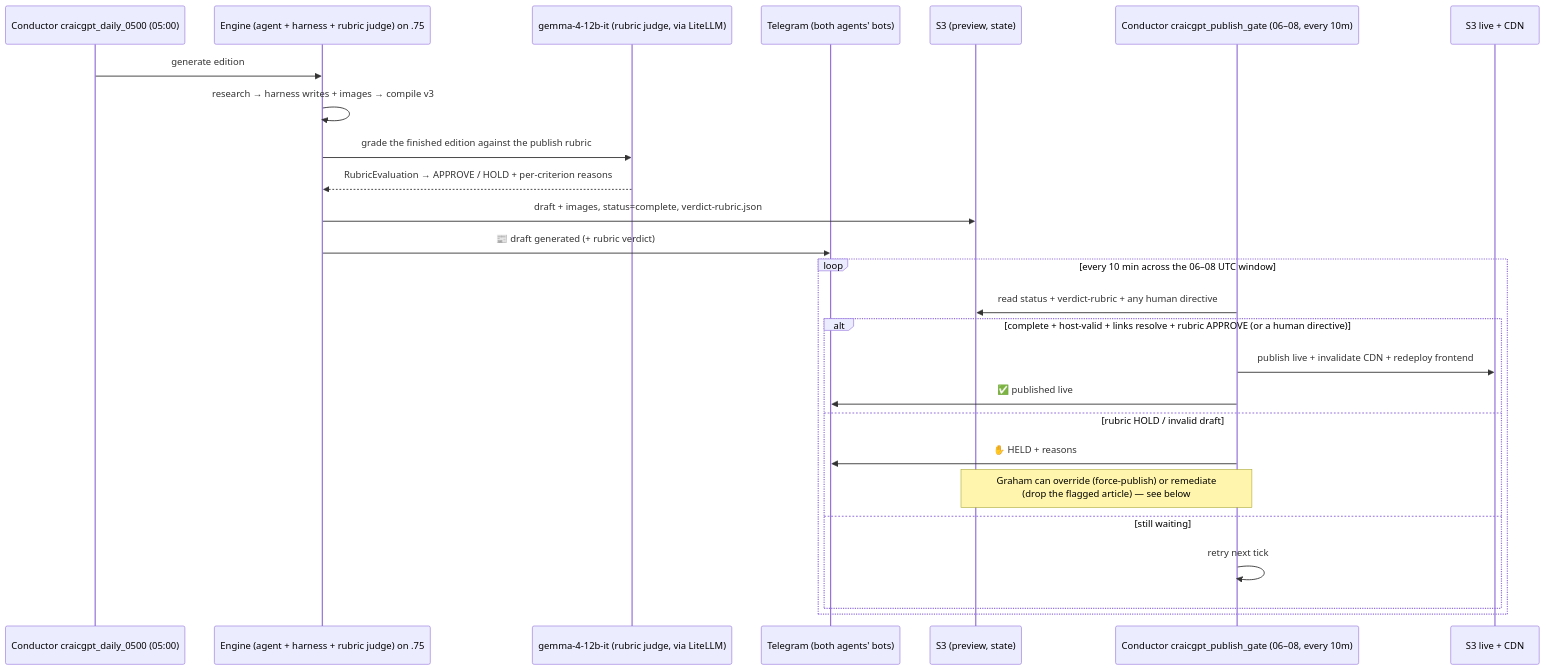
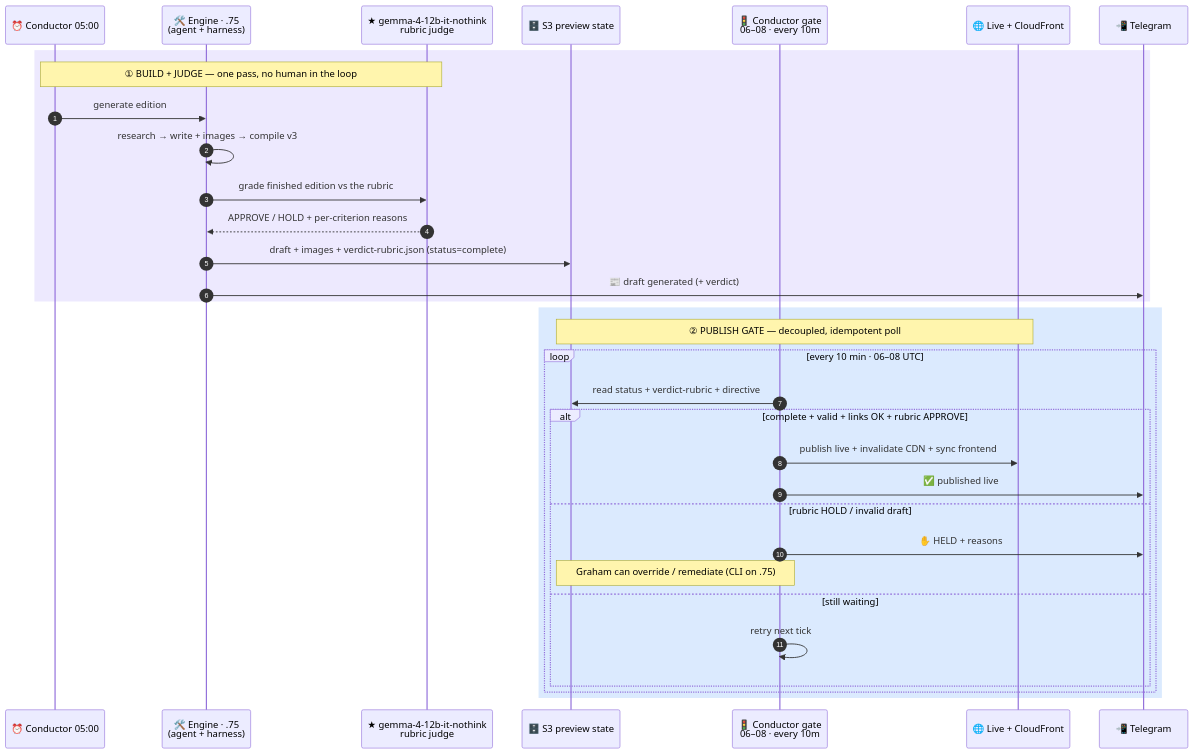
Before and after one commit to allthingsclowd/craicgpt.ie: the second of 2 diagrams in README.md, drawn with Mermaid. The commit also changed other lines of this file, not shown here.

First line of the commit message:
docs(readme): redesign architecture diagrams for learners

````diff
--- a/README.md
+++ b/README.md
@@ -140,29 +156,37 @@
 ```mermaid
 sequenceDiagram
-    participant T1 as Conductor craicgpt_daily_0500 (05:00)
-    participant E as Engine (agent + harness + rubric judge) on .75
-    participant G as gemma-4-12b-it (rubric judge, via LiteLLM)
-    participant TG as Telegram (both agents' bots)
-    participant S as S3 (preview, state)
-    participant T2 as Conductor craicgpt_publish_gate (06–08, every 10m)
-    participant L as S3 live + CDN
+    autonumber
+    participant T1 as ⏰ Conductor 05:00
+    participant E as 🛠️ Engine · .75<br/>(agent + harness)
+    participant G as ★ gemma-4-12b-it-nothink<br/>rubric judge
+    participant S as 🗄️ S3 preview state
+    participant T2 as 🚦 Conductor gate<br/>06–08 · every 10m
+    participant L as 🌐 Live + CloudFront
+    participant TG as 📲 Telegram
 
+    rect rgb(237, 233, 254)
+    Note over T1,G: ① BUILD + JUDGE — one pass, no human in the loop
     T1->>E: generate edition
-    E->>E: research → harness writes + images → compile v3
-    E->>G: grade the finished edition against the publish rubric
-    G-->>E: RubricEvaluation → APPROVE / HOLD + per-criterion reasons
-    E->>S: draft + images, status=complete, verdict-rubric.json
-    E->>TG: 📰 draft generated (+ rubric verdict)
-    loop every 10 min across the 06–08 UTC window
-        T2->>S: read status + verdict-rubric + any human directive
-        alt complete + host-valid + links resolve + rubric APPROVE  (or a human directive)
-            T2->>L: publish live + invalidate CDN + redeploy frontend
+    E->>E: research → write + images → compile v3
+    E->>G: grade finished edition vs the rubric
+    G-->>E: APPROVE / HOLD + per-criterion reasons
+    E->>S: draft + images + verdict-rubric.json (status=complete)
+    E->>TG: 📰 draft generated (+ verdict)
+    end
+
+    rect rgb(219, 234, 254)
+    Note over S,L: ② PUBLISH GATE — decoupled, idempotent poll
+    loop every 10 min · 06–08 UTC
+        T2->>S: read status + verdict-rubric + directive
+        alt complete + valid + links OK + rubric APPROVE
+            T2->>L: publish live + invalidate CDN + sync frontend
             T2->>TG: ✅ published live
         else rubric HOLD / invalid draft
             T2->>TG: ✋ HELD + reasons
-            Note over T2,S: Graham can override (force-publish) or remediate<br/>(drop the flagged article) — see below
+            Note over T2,S: Graham can override / remediate (CLI on .75)
         else still waiting
             T2->>T2: retry next tick
         end
     end
+    end
 ```
````
